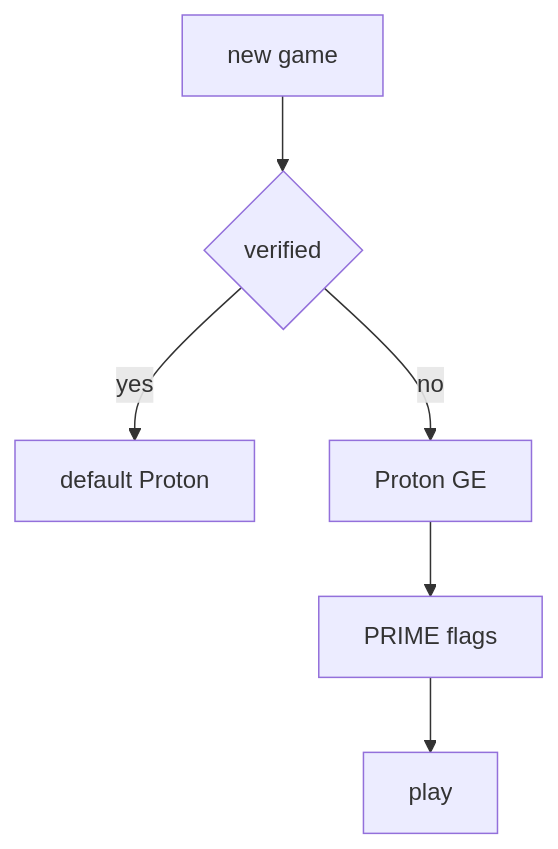
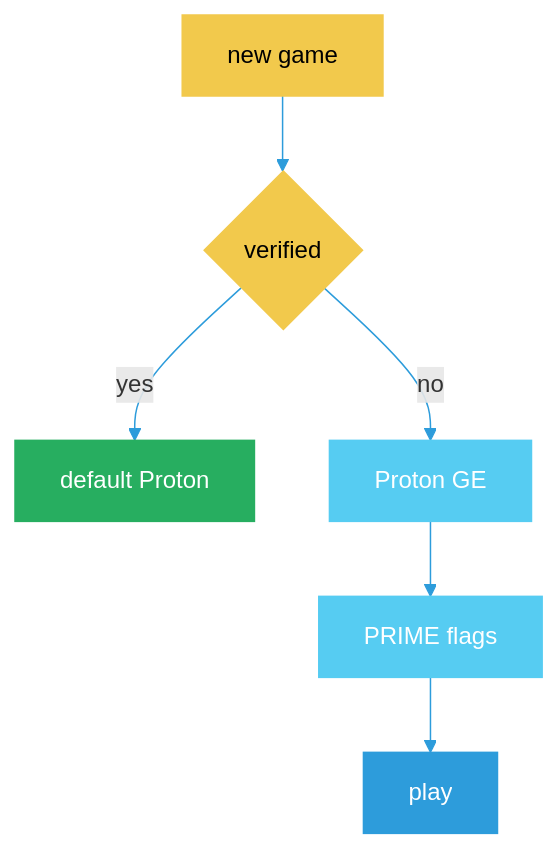
One commit to 444Nazky/My-Vault changed the fourth of 5 diagrams in Graphs/Gaming-Diagrams.md. Above: the diagram before and after it, drawn with Mermaid. The commit also changed other lines of this file and 15 other files, not shown here.

````diff
--- a/Graphs/Gaming-Diagrams.md
+++ b/Graphs/Gaming-Diagrams.md
@@ -52,8 +64,15 @@
 ```mermaid
+%%{init: {'theme': 'default', 'themeVariables': { 'primaryColor': '#2D9CDB', 'lineColor': '#2D9CDB'}}}%%
 flowchart TD
  GAME2["new game"] --> VER2{"verified"}
  VER2 -->|"yes"| DEFP["default Proton"]
  VER2 -->|"no"| GE2["Proton GE"]
  GE2 --> FLAGS2["PRIME flags"]
  FLAGS2 --> PLAY["play"]
+ style GAME2 fill:#F2C94C,stroke:#F2C94C,color:#000
+ style VER2 fill:#F2C94C,stroke:#F2C94C,color:#000
+ style DEFP fill:#27AE60,stroke:#27AE60,color:#fff
+ style GE2 fill:#56CCF2,stroke:#56CCF2,color:#fff
+ style FLAGS2 fill:#56CCF2,stroke:#56CCF2,color:#fff
+ style PLAY fill:#2D9CDB,stroke:#2D9CDB,color:#fff
 ```
````
